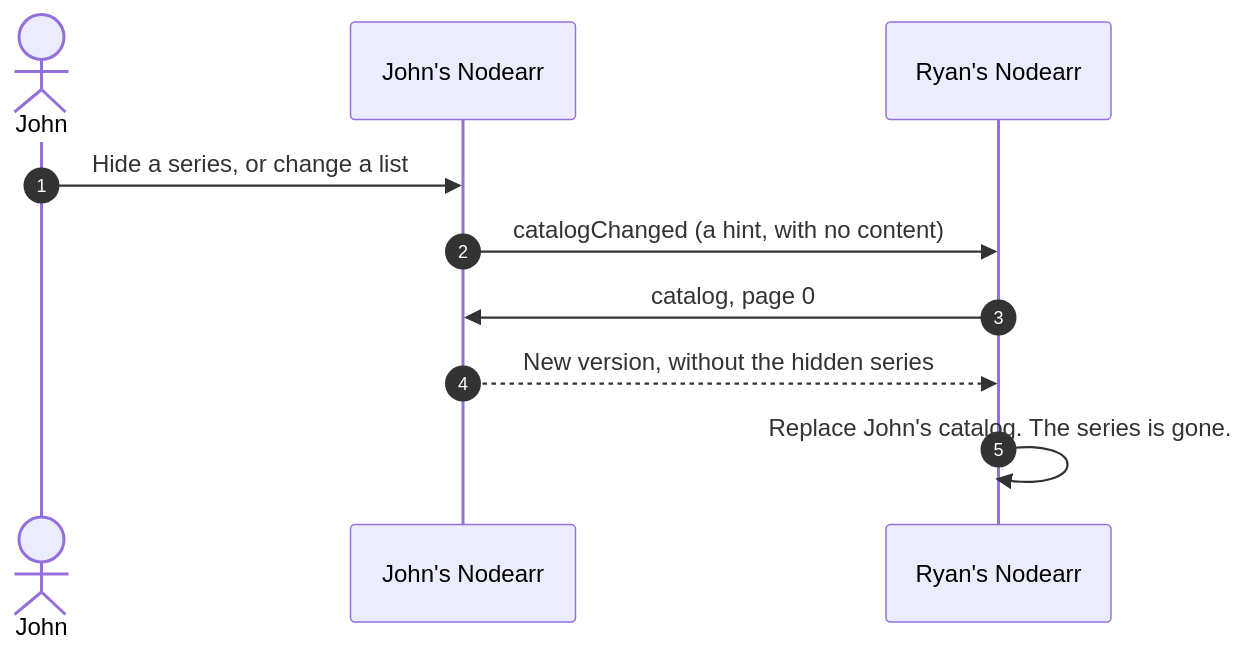
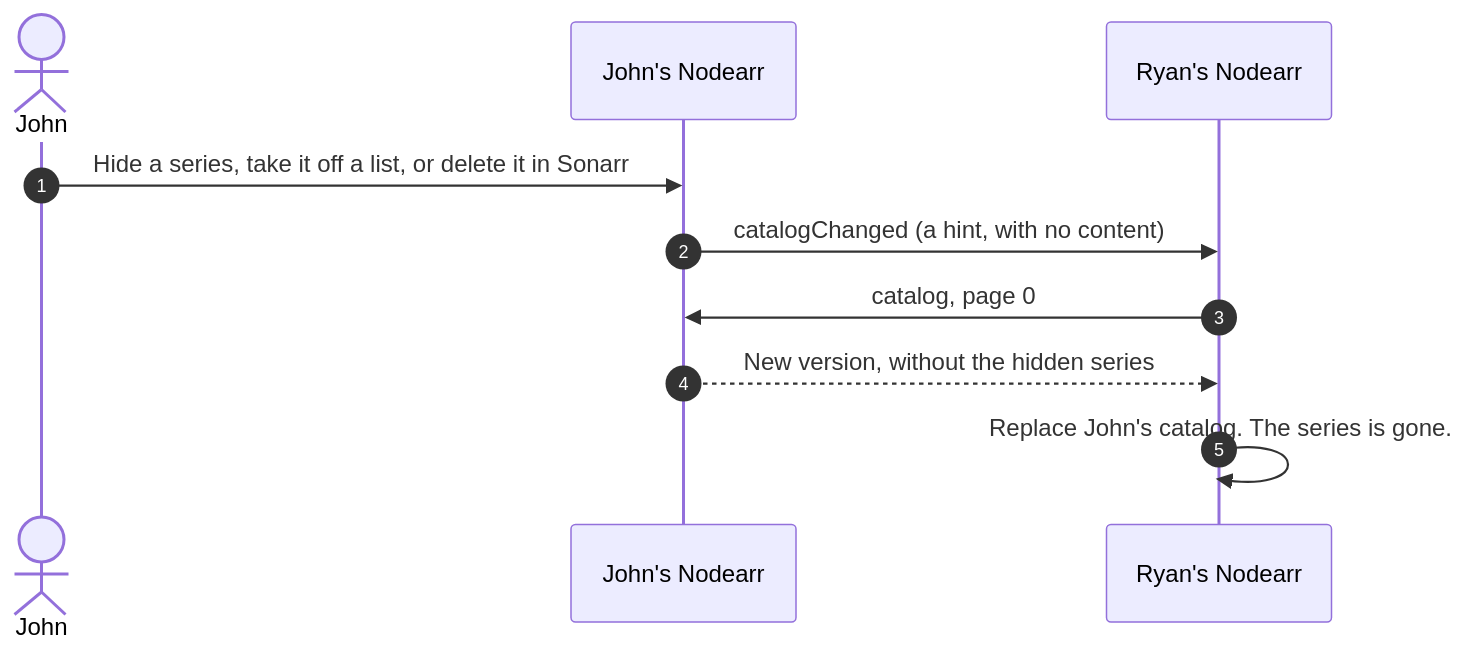
One commit to Nodearr/Nodearr changed the second of 3 diagrams in docs/diagrams/catalog-exchange-trusted-nodes.md. Above: the diagram before and after it, drawn with Mermaid. The commit also changed other lines of this file and 35 other files, not shown here.

````diff
--- a/docs/diagrams/catalog-exchange-trusted-nodes.md
+++ b/docs/diagrams/catalog-exchange-trusted-nodes.md
@@ -35,13 +40,13 @@
 ```mermaid
 sequenceDiagram
     autonumber
     actor Owner as John
     participant NodeA as John's Nodearr
     participant NodeB as Ryan's Nodearr
 
-    Owner->>NodeA: Hide a series, or change a list
+    Owner->>NodeA: Hide a series, take it off a list, or delete it in Sonarr
     NodeA->>NodeB: catalogChanged (a hint, with no content)
     NodeB->>NodeA: catalog, page 0
     NodeA-->>NodeB: New version, without the hidden series
     NodeB->>NodeB: Replace John's catalog. The series is gone.
 ```
````
